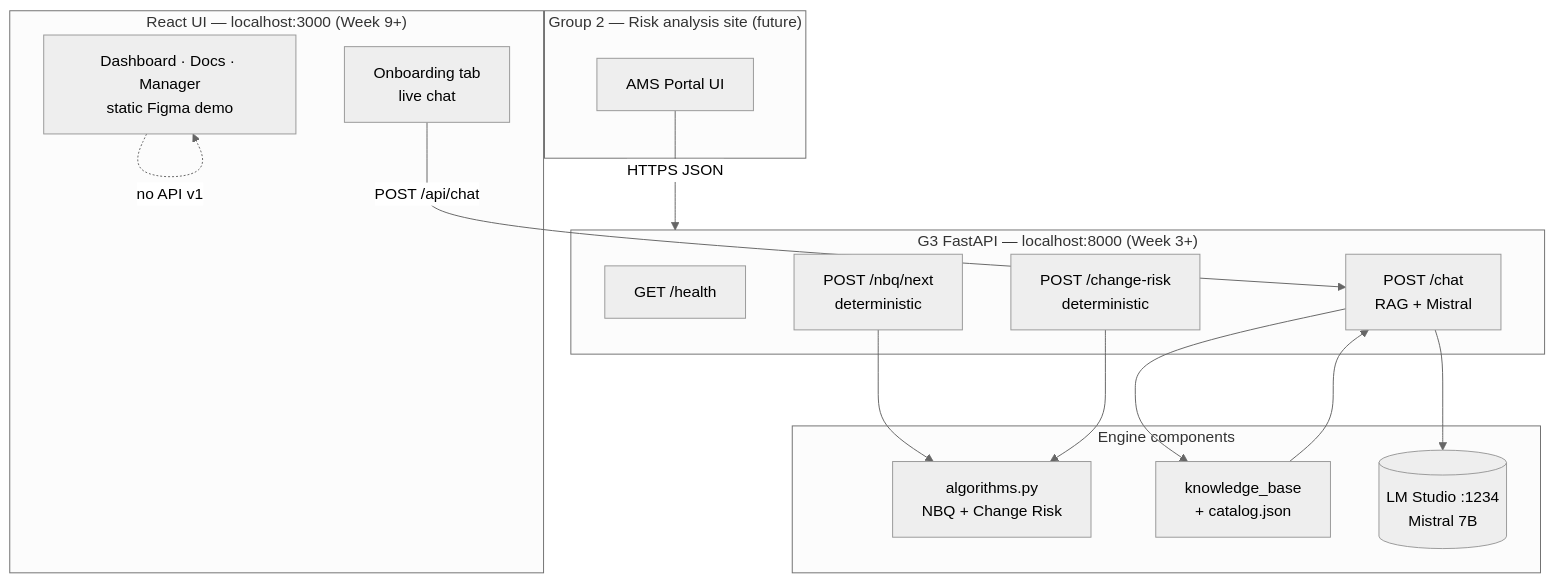
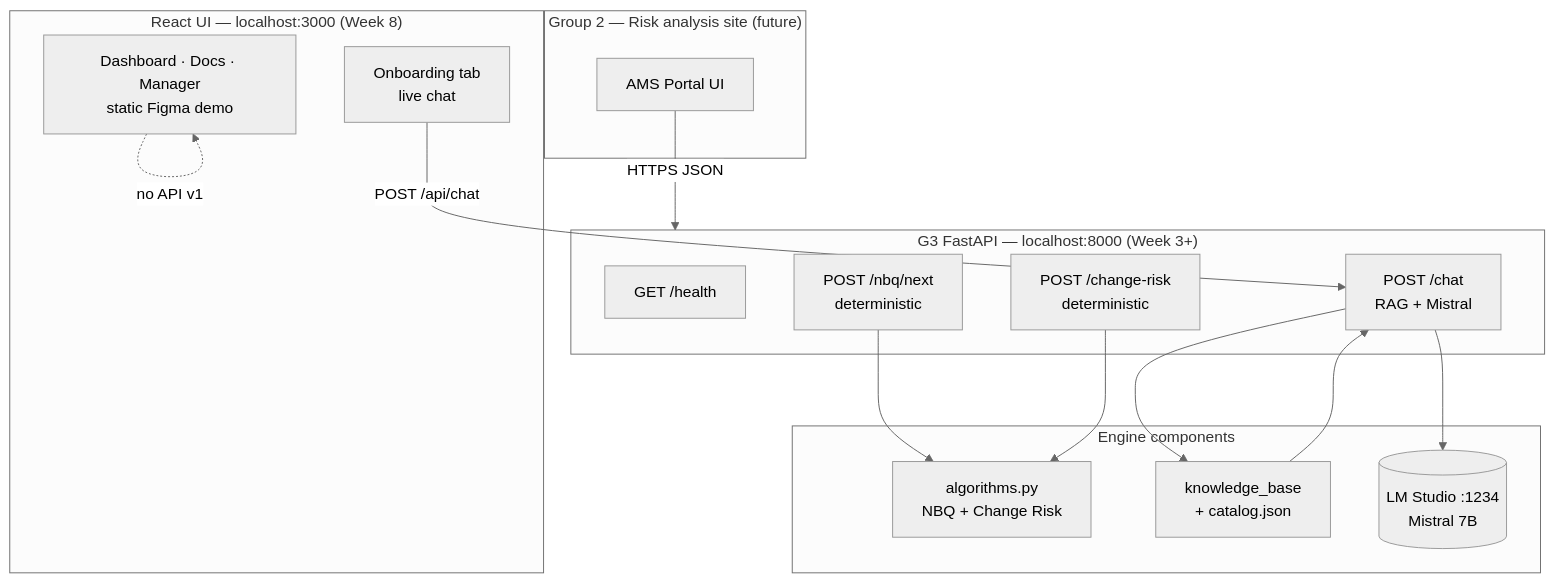
Before and after one commit to hodncgi/AMS: the first of 4 diagrams in docs/developer/ARCHITECTURE.md, drawn with Mermaid (neutral theme). The commit also changed other lines of this file and 24 other files, not shown here.

Commit message:
Week 2 complete: align roadmap to 8+3 plan and remove premature Week 3 backend code.

````diff
--- a/docs/developer/ARCHITECTURE.md
+++ b/docs/developer/ARCHITECTURE.md
@@ -19,33 +19,33 @@
 ```mermaid
 flowchart TB
     subgraph G2["Group 2 — Risk analysis site (future)"]
         Portal[AMS Portal UI]
     end
 
     subgraph API["G3 FastAPI — localhost:8000 (Week 3+)"]
         Health[GET /health]
         NBQ[POST /nbq/next<br/>deterministic]
         Risk[POST /change-risk<br/>deterministic]
         Chat[POST /chat<br/>RAG + Mistral]
     end
 
     subgraph Engine["Engine components"]
         ALG[algorithms.py<br/>NBQ + Change Risk]
         KB[knowledge_base<br/>+ catalog.json]
         LM[(LM Studio :1234<br/>Mistral 7B)]
     end
 
-    subgraph UI["React UI — localhost:3000 (Week 9+)"]
+    subgraph UI["React UI — localhost:3000 (Week 8)"]
         Onb[Onboarding tab<br/>live chat]
         Demo[Dashboard · Docs · Manager<br/>static Figma demo]
     end
 
     Portal -->|HTTPS JSON| API
     Onb -->|POST /api/chat| Chat
     NBQ --> ALG
     Risk --> ALG
     Chat --> KB
     Chat --> LM
     KB --> Chat
     Demo -.->|no API v1| Demo
 ```
````
